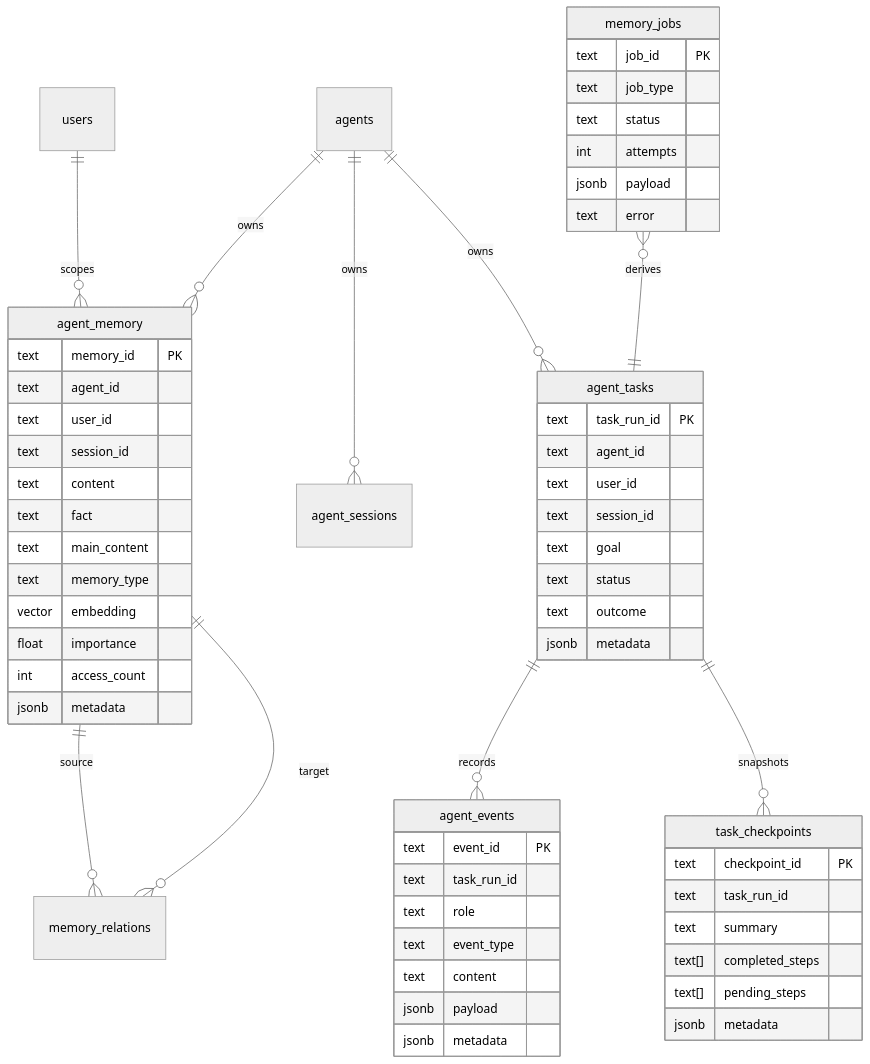
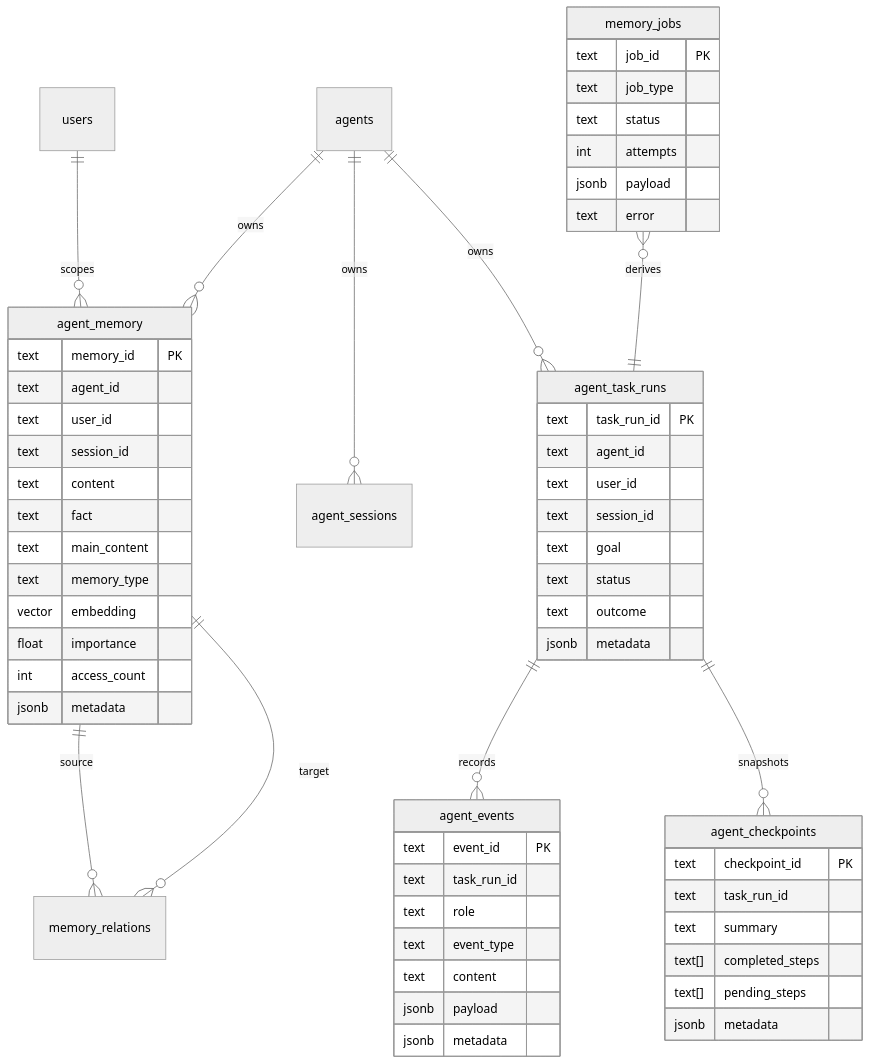
One commit to ahammadnafiz/engram changed the sixth of 7 diagrams in docs/diagram.md. Above: the diagram before and after it, drawn with Mermaid (neutral theme). The commit also changed other lines of this file and 11 other files, not shown here.

Commit message:
Fix memory type schema constraint

````diff
--- a/docs/diagram.md
+++ b/docs/diagram.md
@@ -112,66 +112,66 @@
 ```mermaid
 erDiagram
     agents ||--o{ agent_memory : owns
     users ||--o{ agent_memory : scopes
     agent_memory ||--o{ memory_relations : source
     agent_memory ||--o{ memory_relations : target
     agents ||--o{ agent_sessions : owns
-    agents ||--o{ agent_tasks : owns
-    agent_tasks ||--o{ agent_events : records
-    agent_tasks ||--o{ task_checkpoints : snapshots
-    memory_jobs }o--|| agent_tasks : derives
+    agents ||--o{ agent_task_runs : owns
+    agent_task_runs ||--o{ agent_events : records
+    agent_task_runs ||--o{ agent_checkpoints : snapshots
+    memory_jobs }o--|| agent_task_runs : derives
 
     agent_memory {
         text memory_id PK
         text agent_id
         text user_id
         text session_id
         text content
         text fact
         text main_content
         text memory_type
         vector embedding
         float importance
         int access_count
         jsonb metadata
     }
 
-    agent_tasks {
+    agent_task_runs {
         text task_run_id PK
         text agent_id
         text user_id
         text session_id
         text goal
         text status
         text outcome
         jsonb metadata
     }
 
     agent_events {
         text event_id PK
         text task_run_id
         text role
         text event_type
         text content
         jsonb payload
         jsonb metadata
     }
 
-    task_checkpoints {
+    agent_checkpoints {
         text checkpoint_id PK
         text task_run_id
         text summary
         text[] completed_steps
         text[] pending_steps
         jsonb metadata
     }
 
     memory_jobs {
         text job_id PK
         text job_type
         text status
         int attempts
         jsonb payload
         text error
     }
 ```
````
